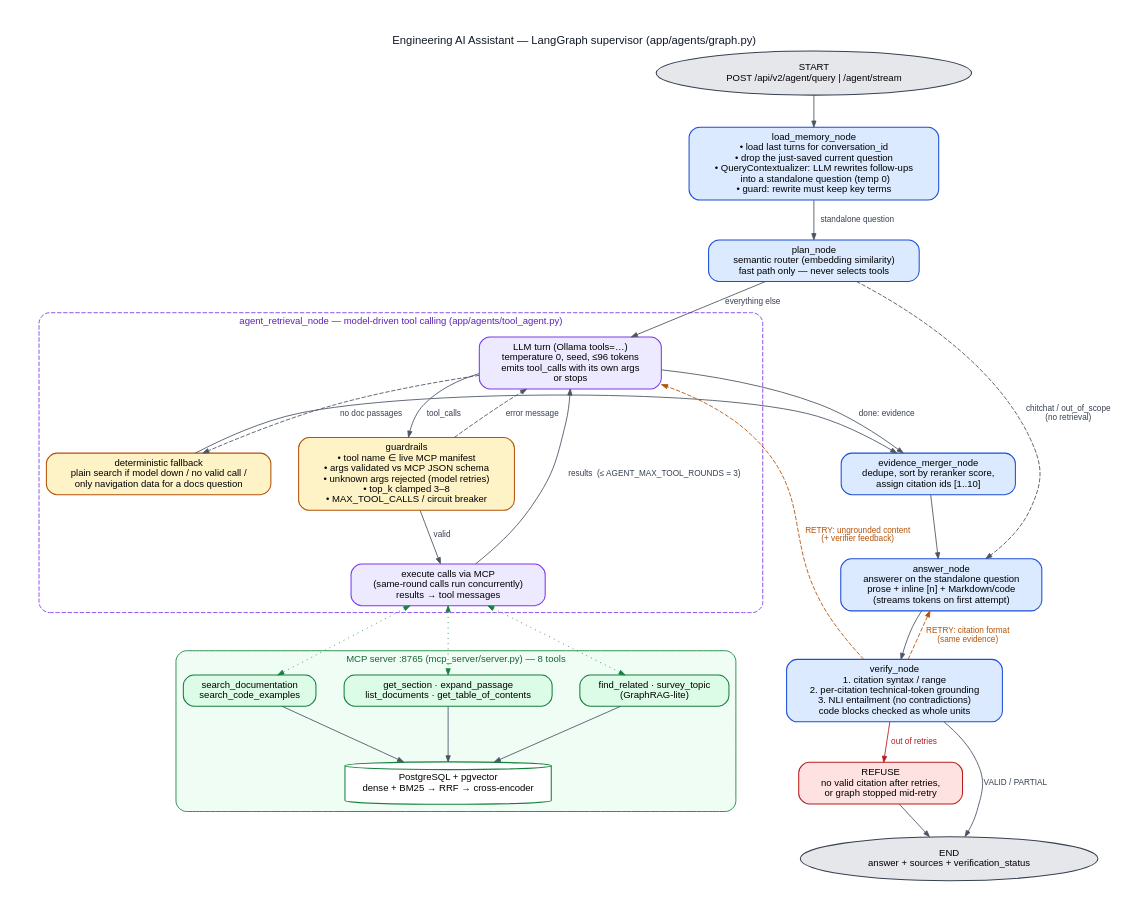
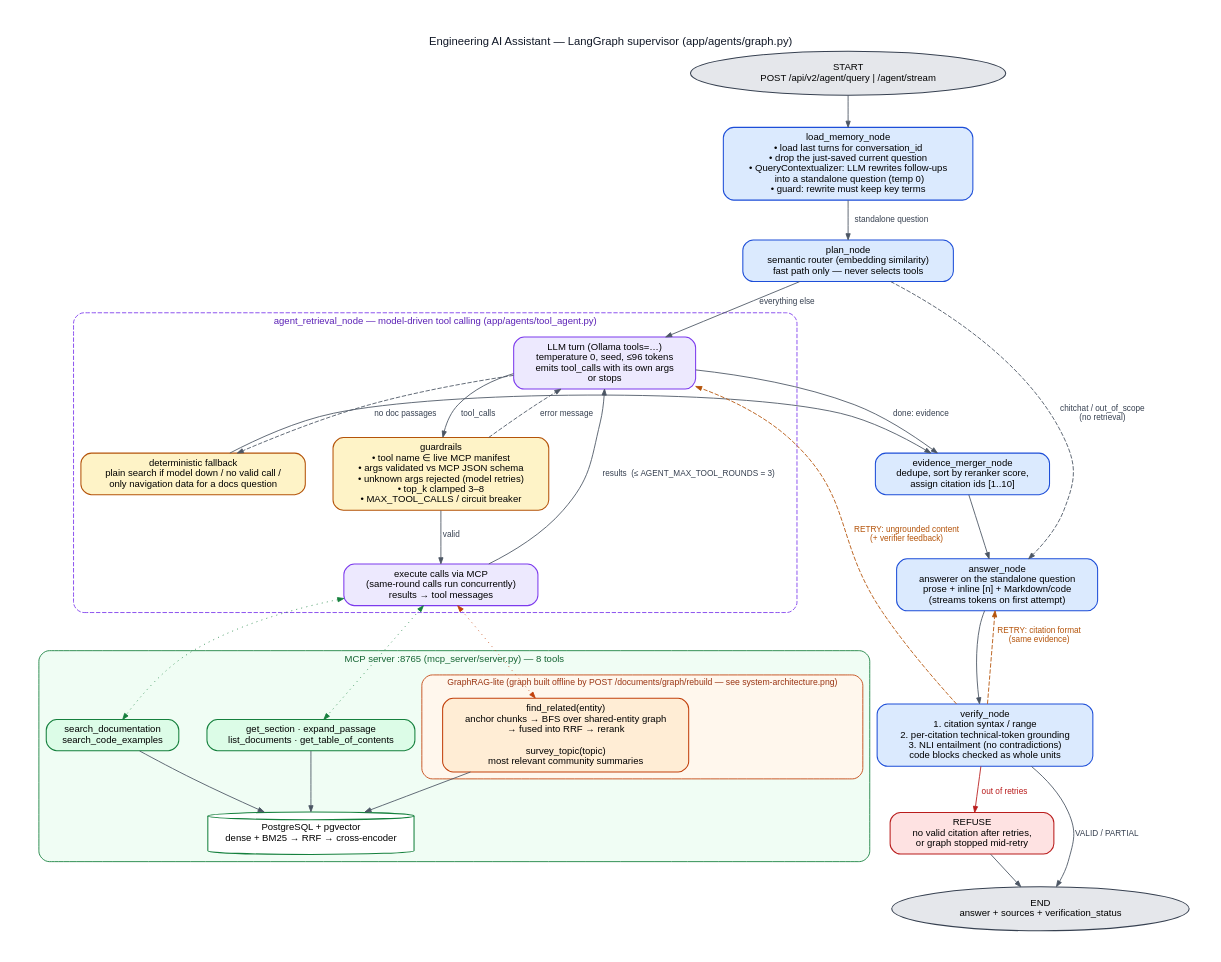
One commit to atharva0300/technical-documentation-rag-and-ai-assistant changed the diagram in docs/images/agent-graph.dot. Above: the diagram before and after it, drawn with Graphviz. The commit also changed 5 other files, not shown here.

First line of the commit message:
Add a system architecture diagram and mark GraphRAG in the agent graph

```diff
--- a/docs/images/agent-graph.dot
+++ b/docs/images/agent-graph.dot
@@ -1,56 +1,59 @@
 digraph AgentGraph {
   graph [rankdir=TB, fontname="Helvetica", fontsize=13, bgcolor="white", pad=0.4, nodesep=0.45, ranksep=0.5,
          label="Engineering AI Assistant — LangGraph supervisor (app/agents/graph.py)", labelloc=t, fontcolor="#111827"];
   node  [shape=box, style="rounded,filled", fontname="Helvetica", fontsize=11, color="#374151", fillcolor="#F3F4F6", penwidth=1.2, margin="0.18,0.08"];
   edge  [fontname="Helvetica", fontsize=9.5, color="#4B5563", fontcolor="#374151", arrowsize=0.7];
 
   start [label="START\nPOST /api/v2/agent/query | /agent/stream", shape=oval, fillcolor="#E5E7EB"];
   end   [label="END\nanswer + sources + verification_status", shape=oval, fillcolor="#E5E7EB"];
 
   load_memory_node [label="load_memory_node\n• load last turns for conversation_id\n• drop the just-saved current question\n• QueryContextualizer: LLM rewrites follow-ups\n  into a standalone question (temp 0)\n• guard: rewrite must keep key terms", fillcolor="#DBEAFE", color="#1D4ED8"];
   plan_node [label="plan_node\nsemantic router (embedding similarity)\nfast path only — never selects tools", fillcolor="#DBEAFE", color="#1D4ED8"];
 
   subgraph cluster_agent {
     label="agent_retrieval_node — model-driven tool calling (app/agents/tool_agent.py)"; style="rounded,dashed"; color="#7C3AED"; fontcolor="#5B21B6"; fontsize=11;
     llm_turn [label="LLM turn (Ollama tools=…)\ntemperature 0, seed, ≤96 tokens\nemits tool_calls with its own args\nor stops", fillcolor="#EDE9FE", color="#7C3AED"];
     guard [label="guardrails\n• tool name ∈ live MCP manifest\n• args validated vs MCP JSON schema\n• unknown args rejected (model retries)\n• top_k clamped 3–8\n• MAX_TOOL_CALLS / circuit breaker", fillcolor="#FEF3C7", color="#B45309"];
     exec [label="execute calls via MCP\n(same-round calls run concurrently)\nresults → tool messages", fillcolor="#EDE9FE", color="#7C3AED"];
     fallback [label="deterministic fallback\nplain search if model down / no valid call /\nonly navigation data for a docs question", fillcolor="#FEF3C7", color="#B45309"];
     llm_turn -> guard [label="tool_calls"];
     guard -> exec [label="valid"];
     guard -> llm_turn [label="error message", style=dashed];
     exec -> llm_turn [label="results  (≤ AGENT_MAX_TOOL_ROUNDS = 3)"];
     llm_turn -> fallback [label="no doc passages", style=dashed];
   }
 
   subgraph cluster_mcp {
     label="MCP server :8765 (mcp_server/server.py) — 8 tools"; style="rounded,filled"; fillcolor="#F0FDF4"; color="#15803D"; fontcolor="#166534"; fontsize=11;
     t_search [label="search_documentation\nsearch_code_examples", fillcolor="#DCFCE7", color="#15803D"];
     t_nav [label="get_section · expand_passage\nlist_documents · get_table_of_contents", fillcolor="#DCFCE7", color="#15803D"];
-    t_graph [label="find_related · survey_topic\n(GraphRAG-lite)", fillcolor="#DCFCE7", color="#15803D"];
+    subgraph cluster_graphrag {
+      label="GraphRAG-lite (graph built offline by POST /documents/graph/rebuild — see system-architecture.png)"; style="rounded,filled"; fillcolor="#FFF7ED"; color="#C2410C"; fontcolor="#9A3412"; fontsize=10;
+      t_graph [label="find_related(entity)\nanchor chunks → BFS over shared-entity graph\n→ fused into RRF → rerank\n\nsurvey_topic(topic)\nmost relevant community summaries", fillcolor="#FFEDD5", color="#C2410C"];
+    }
     pg [label="PostgreSQL + pgvector\ndense + BM25 → RRF → cross-encoder", shape=cylinder, fillcolor="#FFFFFF", color="#15803D"];
     t_search -> pg; t_nav -> pg; t_graph -> pg;
   }
 
   evidence_merger_node [label="evidence_merger_node\ndedupe, sort by reranker score,\nassign citation ids [1..10]", fillcolor="#DBEAFE", color="#1D4ED8"];
   answer_node [label="answer_node\nanswerer on the standalone question\nprose + inline [n] + Markdown/code\n(streams tokens on first attempt)", fillcolor="#DBEAFE", color="#1D4ED8"];
   verify_node [label="verify_node\n1. citation syntax / range\n2. per-citation technical-token grounding\n3. NLI entailment (no contradictions)\ncode blocks checked as whole units", fillcolor="#DBEAFE", color="#1D4ED8"];
   refuse [label="REFUSE\nno valid citation after retries,\nor graph stopped mid-retry", fillcolor="#FEE2E2", color="#B91C1C"];
 
   start -> load_memory_node;
   load_memory_node -> plan_node [label="standalone question"];
   plan_node -> answer_node [label="chitchat / out_of_scope\n(no retrieval)", style=dashed];
   plan_node -> llm_turn [label="everything else"];
   exec -> t_search [dir=both, color="#15803D", style=dotted];
   exec -> t_nav [dir=both, color="#15803D", style=dotted];
-  exec -> t_graph [dir=both, color="#15803D", style=dotted];
+  exec -> t_graph [dir=both, color="#C2410C", style=dotted];
   llm_turn -> evidence_merger_node [label="done: evidence"];
   fallback -> evidence_merger_node;
   evidence_merger_node -> answer_node;
   answer_node -> verify_node;
   verify_node -> end [label="VALID / PARTIAL"];
   verify_node -> answer_node [label="RETRY: citation format\n(same evidence)", style=dashed, color="#B45309", fontcolor="#B45309"];
   verify_node -> llm_turn [label="RETRY: ungrounded content\n(+ verifier feedback)", style=dashed, color="#B45309", fontcolor="#B45309"];
   verify_node -> refuse [label="out of retries", color="#B91C1C", fontcolor="#B91C1C"];
   refuse -> end;
 }
```
